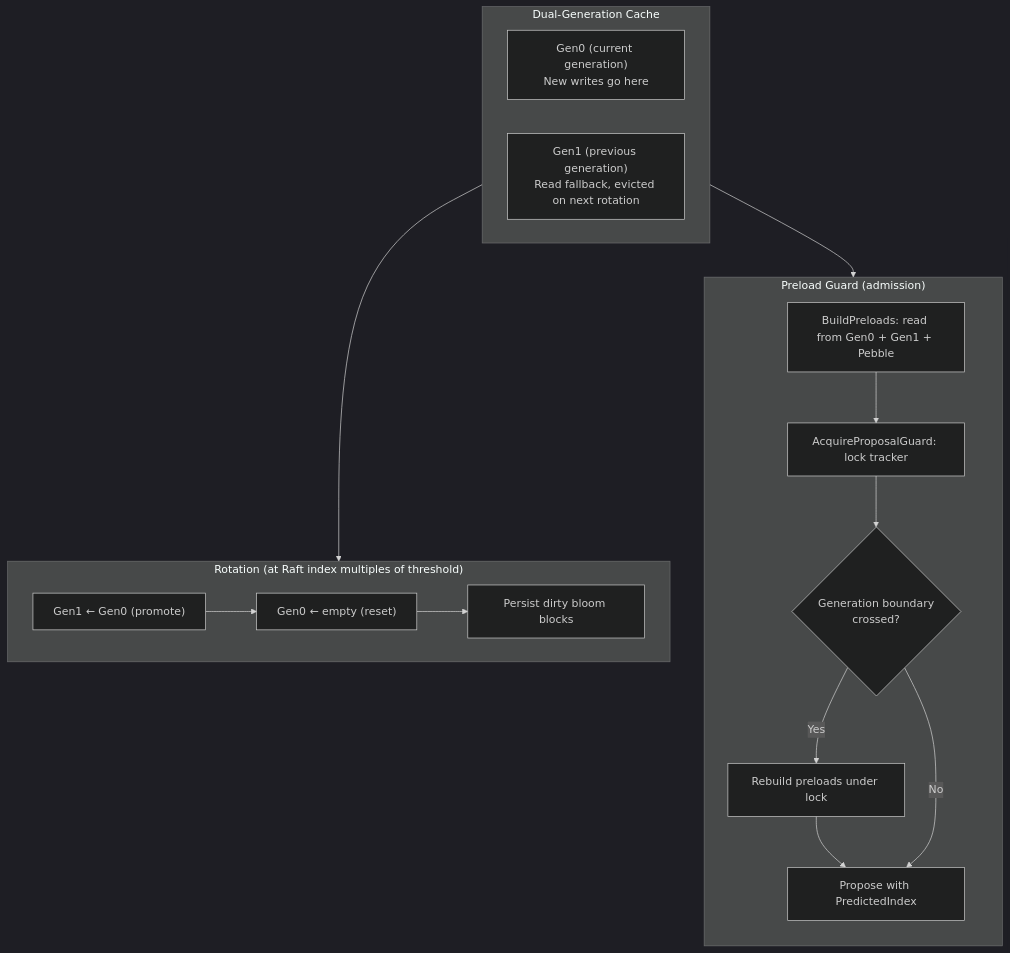
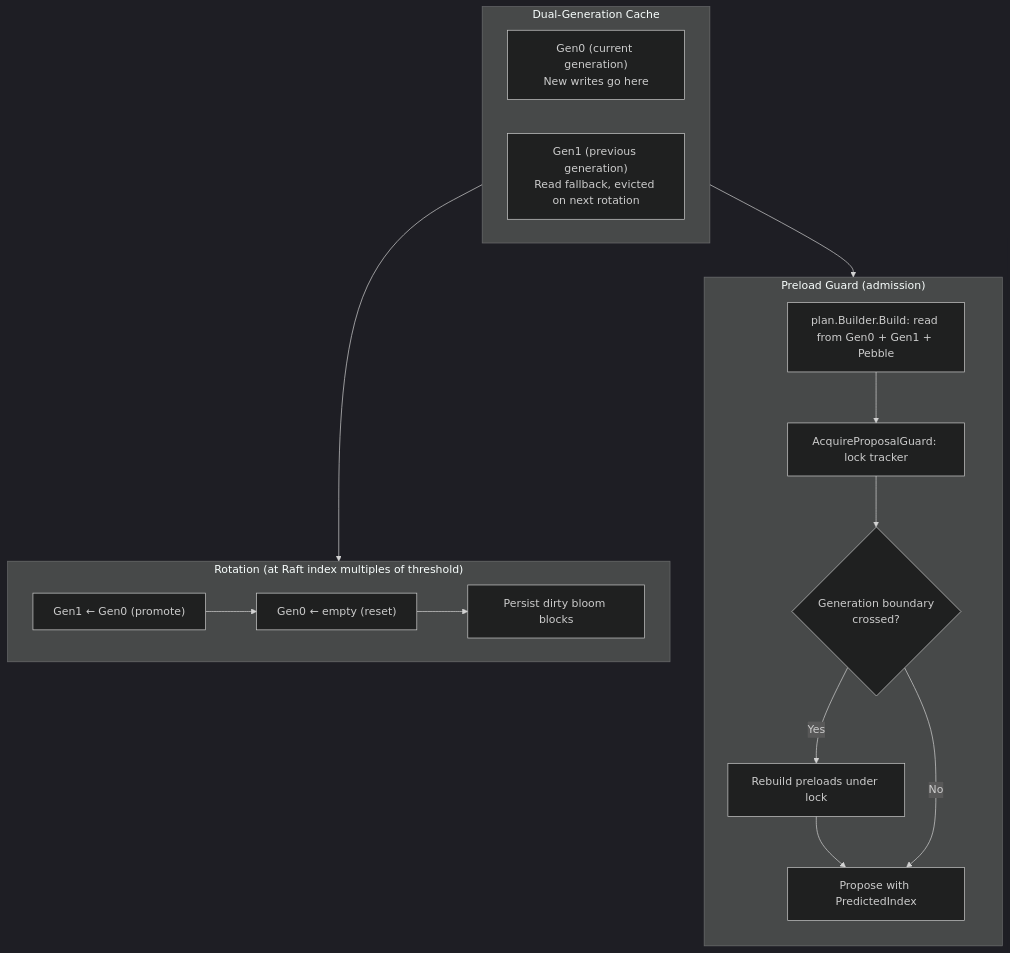
Before and after one commit to formancehq/ledger: the diagram in docs/technical/architecture/subsystems/attributes/attributes.md, drawn with Mermaid (dark theme). The commit also changed 1 other file, not shown here.

Commit message:
docs(EN-1565): retire BuildPreloads from architecture diagrams
preloader.BuildPreloads no longer exists; the propose-time resolution
stage is plan.Builder.Build. The overview's node id and its edge are
renamed together so the diagram keeps rendering. ExtractNeeds and
ResolveScripts are kept -- both still map to live functions.

````diff
--- a/docs/technical/architecture/subsystems/attributes/attributes.md
+++ b/docs/technical/architecture/subsystems/attributes/attributes.md
@@ -258,30 +258,30 @@
 ```mermaid
 flowchart TB
     subgraph Cache["Dual-Generation Cache"]
         Gen0["Gen0 (current generation)<br/>New writes go here"]
         Gen1["Gen1 (previous generation)<br/>Read fallback, evicted on next rotation"]
     end
 
     subgraph Rotation["Rotation (at Raft index multiples of threshold)"]
         direction LR
         R1["Gen1 ← Gen0 (promote)"]
         R2["Gen0 ← empty (reset)"]
         R3["Persist dirty bloom blocks"]
         R1 --> R2 --> R3
     end
 
     subgraph Preload["Preload Guard (admission)"]
         direction TB
-        P1["BuildPreloads: read from Gen0 + Gen1 + Pebble"]
+        P1["plan.Builder.Build: read from Gen0 + Gen1 + Pebble"]
         P2["AcquireProposalGuard: lock tracker"]
         P3{"Generation boundary\ncrossed?"}
         P4["Rebuild preloads under lock"]
         P5["Propose with PredictedIndex"]
         P1 --> P2 --> P3
         P3 -->|Yes| P4 --> P5
         P3 -->|No| P5
     end
 
     Cache --> Rotation
     Cache --> Preload
 ```
````
